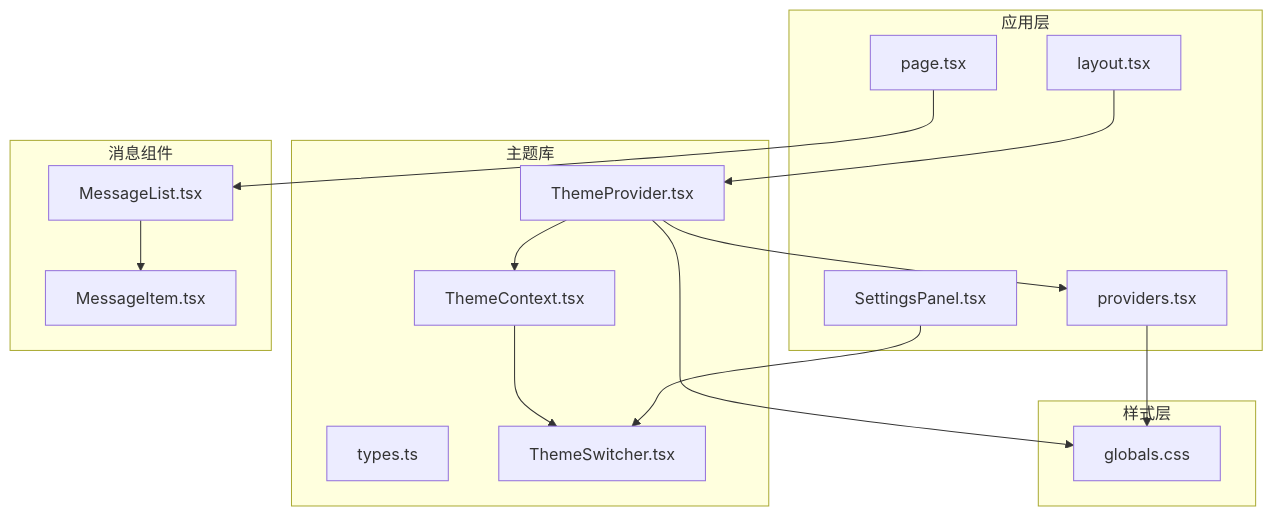
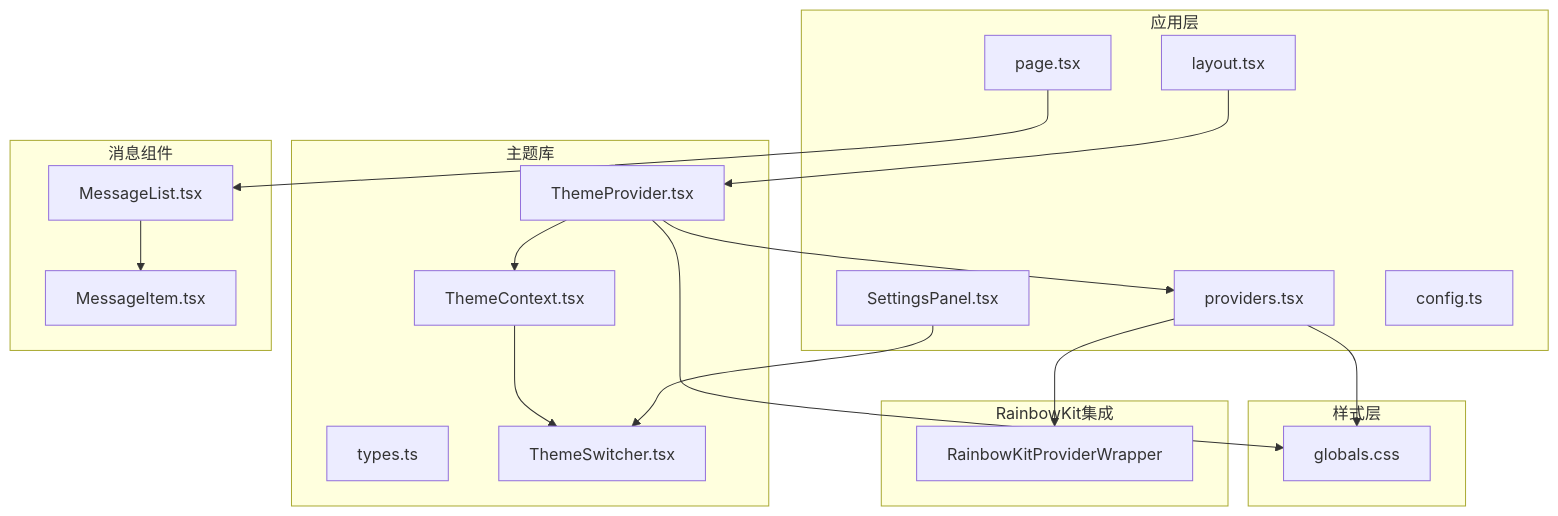
Before and after one commit to CryptoLinxu/Web3-AI-Agent: the first of 21 diagrams in .qoder/repowiki/zh/content/项目概述/整体架构概览/Web应用程序/主题系统实现.md, drawn with Mermaid. The commit also changed other lines of this file and 7 other files, not shown here.

````diff
--- a/.qoder/repowiki/zh/content/项目概述/整体架构概览/Web应用程序/主题系统实现.md
+++ b/.qoder/repowiki/zh/content/项目概述/整体架构概览/Web应用程序/主题系统实现.md
@@ -69,31 +72,36 @@
 ```mermaid
 graph TB
 subgraph "应用层"
 Layout[layout.tsx]
 Providers[providers.tsx]
 SettingsPanel[SettingsPanel.tsx]
 Page[page.tsx]
+Config[config.ts]
 end
 subgraph "主题库"
 ThemeProvider[ThemeProvider.tsx]
 ThemeContext[ThemeContext.tsx]
 Types[types.ts]
 ThemeSwitcher[ThemeSwitcher.tsx]
 end
 subgraph "样式层"
 Globals[globals.css]
 end
 subgraph "消息组件"
 MessageList[MessageList.tsx]
 MessageItem[MessageItem.tsx]
 end
+subgraph "RainbowKit集成"
+RainbowKitWrapper[RainbowKitProviderWrapper]
+end
 Layout --> ThemeProvider
 ThemeProvider --> ThemeContext
 ThemeContext --> ThemeSwitcher
 ThemeProvider --> Providers
+Providers --> RainbowKitWrapper
 Providers --> Globals
 ThemeProvider --> Globals
 SettingsPanel --> ThemeSwitcher
 Page --> MessageList
 MessageList --> MessageItem
 ```
````
